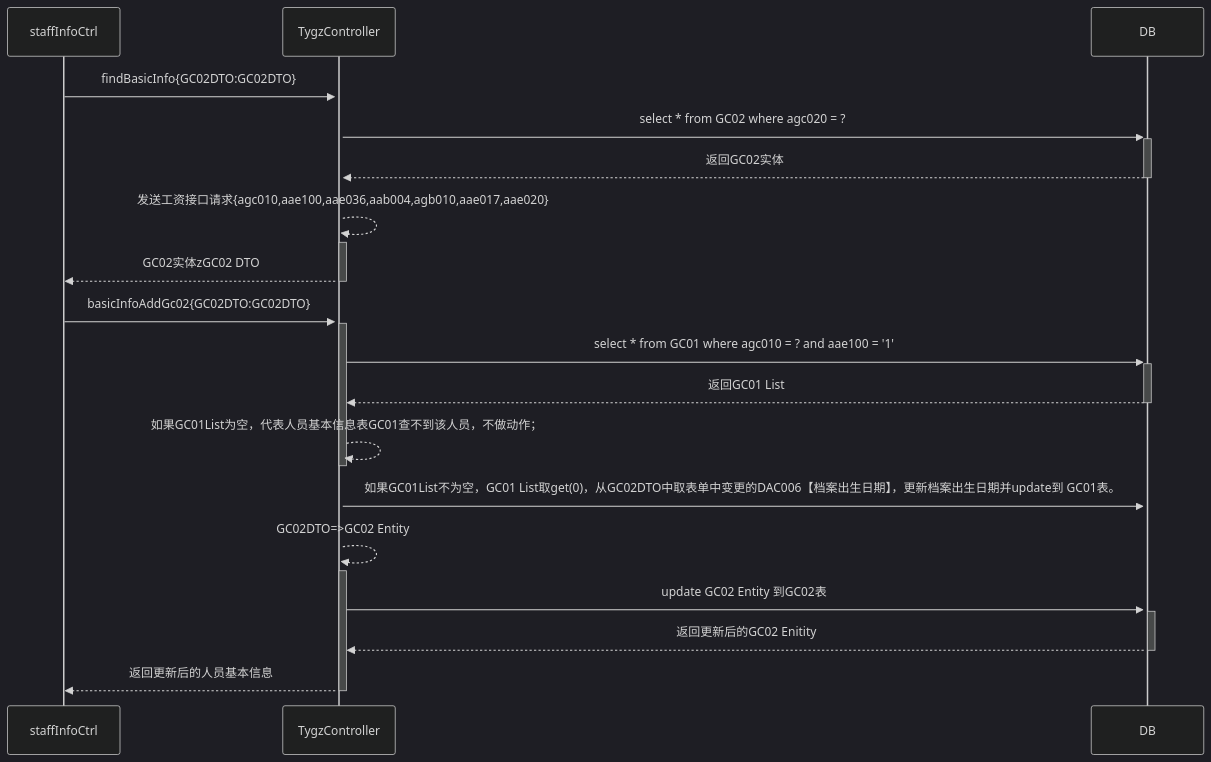
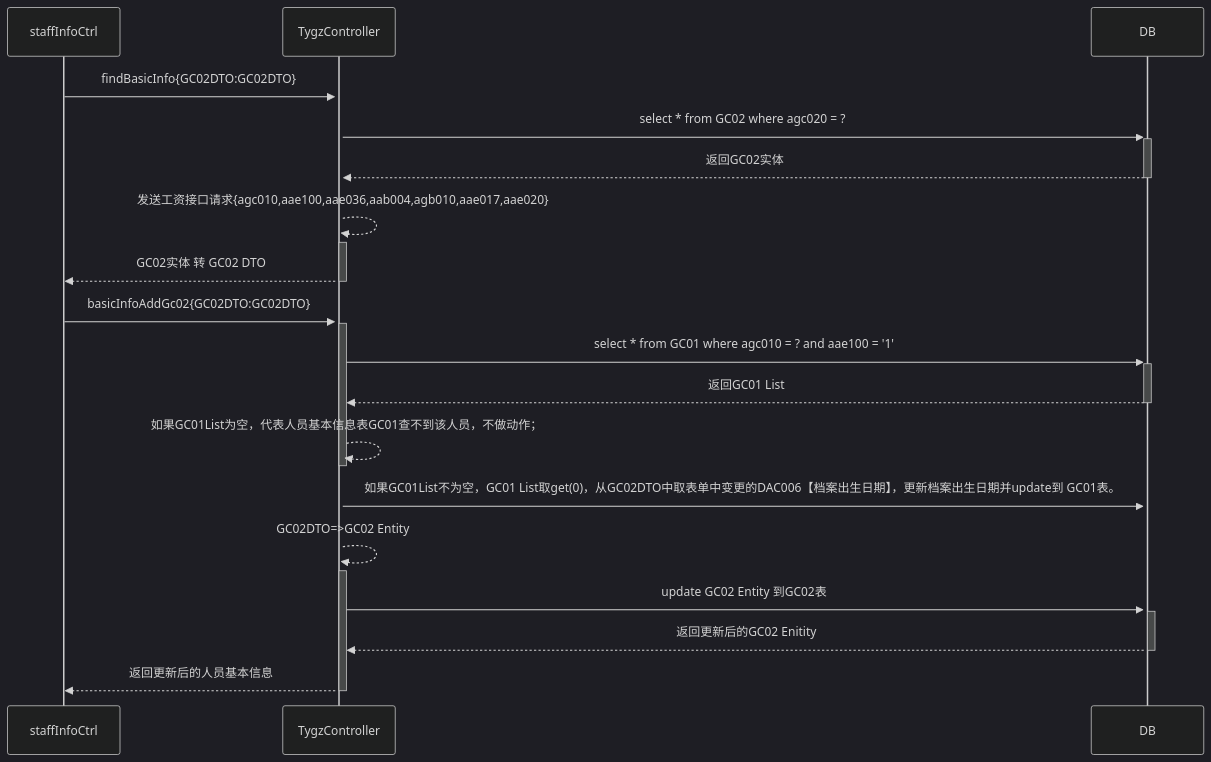
The diagram in all/未命名-1.md (ZhangJianBeiJing/iodraw-files), drawn with Mermaid (dark theme) before and after one commit.

Commit message:
2025-03-24 18:11:59 update

````diff
--- a/all/未命名-1.md
+++ b/all/未命名-1.md
@@ -1,22 +1,22 @@
 ```mermaid
 sequenceDiagram
     staffInfoCtrl->>+TygzController:findBasicInfo{GC02DTO:GC02DTO}
     TygzController->>+DB:select * from GC02 where agc020 = ?
     DB-->>-TygzController:返回GC02实体
     TygzController-->>+TygzController:发送工资接口请求{agc010,aae100,aae036,aab004,agb010,aae017,aae020}
-    TygzController-->>-staffInfoCtrl:GC02实体zGC02 DTO
+    TygzController-->>-staffInfoCtrl:GC02实体 转 GC02 DTO
 
     staffInfoCtrl->>+TygzController:basicInfoAddGc02{GC02DTO:GC02DTO}
     TygzController->>+DB:select * from GC01 where agc010 = ? and aae100 = '1'
     DB-->>-TygzController:返回GC01 List
     TygzController-->>-TygzController:如果GC01List为空，代表人员基本信息表GC01查不到该人员，不做动作；
     TygzController->>+DB:如果GC01List不为空，GC01 List取get(0)，从GC02DTO中取表单中变更的DAC006【档案出生日期】，更新档案出生日期并update到 GC01表。
     TygzController-->>+TygzController:GC02DTO=>GC02 Entity
     TygzController->>+DB:update GC02 Entity 到GC02表
     DB-->>-TygzController:返回更新后的GC02 Enitity
     TygzController-->>-staffInfoCtrl:返回更新后的人员基本信息
 
 
 
 
 ```
````
